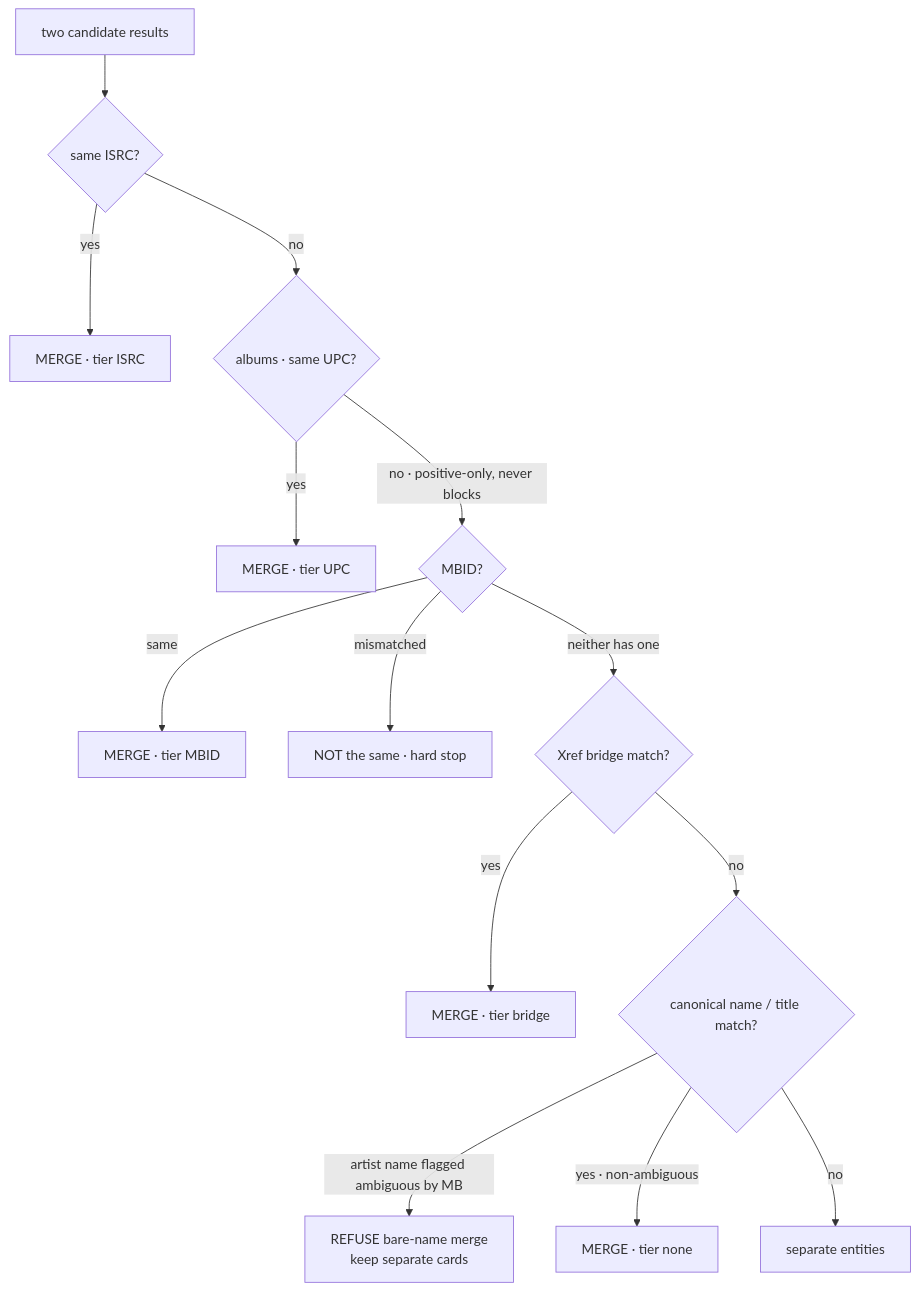
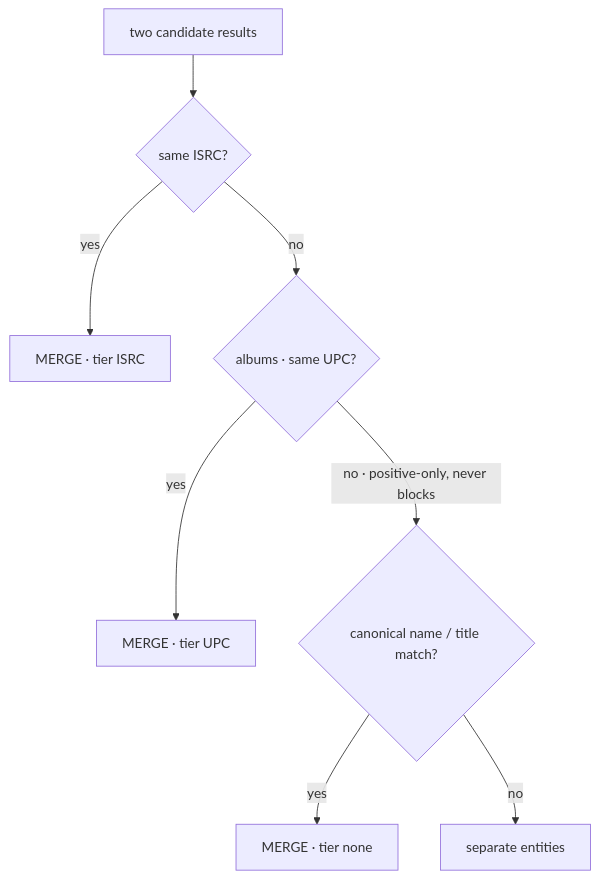
One commit to aleburrascano/altune changed the third of 6 diagrams in services/go-api/internal/discovery/ARCHITECTURE.md. Above: the diagram before and after it, drawn with Mermaid. The commit also changed other lines of this file and 53 other files, not shown here.

First line of the commit message:
refactor(discovery): delete the dead MBID path: merge's MBID and bridge tiers, the identity stamper and its verifier, the ambiguous-name gate; go-api baseline 1130 → 1109

````diff
--- a/services/go-api/internal/discovery/ARCHITECTURE.md
+++ b/services/go-api/internal/discovery/ARCHITECTURE.md
@@ -254,16 +241,10 @@
 ```mermaid
 flowchart TD
     A["two candidate results"] --> ISRC{"same ISRC?"}
     ISRC -->|yes| MI["MERGE · tier ISRC"]
     ISRC -->|no| UPC{"albums · same UPC?"}
     UPC -->|yes| MU["MERGE · tier UPC"]
-    UPC -->|"no · positive-only, never blocks"| MBID{"MBID?"}
-    MBID -->|same| MM["MERGE · tier MBID"]
-    MBID -->|mismatched| HN["NOT the same · hard stop"]
-    MBID -->|"neither has one"| BR{"Xref bridge match?"}
-    BR -->|yes| MB2["MERGE · tier bridge"]
-    BR -->|no| NM{"canonical name / title match?"}
-    NM -->|"artist name flagged ambiguous by MB"| RF["REFUSE bare-name merge<br/>keep separate cards"]
-    NM -->|"yes · non-ambiguous"| MN["MERGE · tier none"]
+    UPC -->|"no · positive-only, never blocks"| NM{"canonical name / title match?"}
+    NM -->|yes| MN["MERGE · tier none"]
     NM -->|no| SE["separate entities"]
 ```
````
